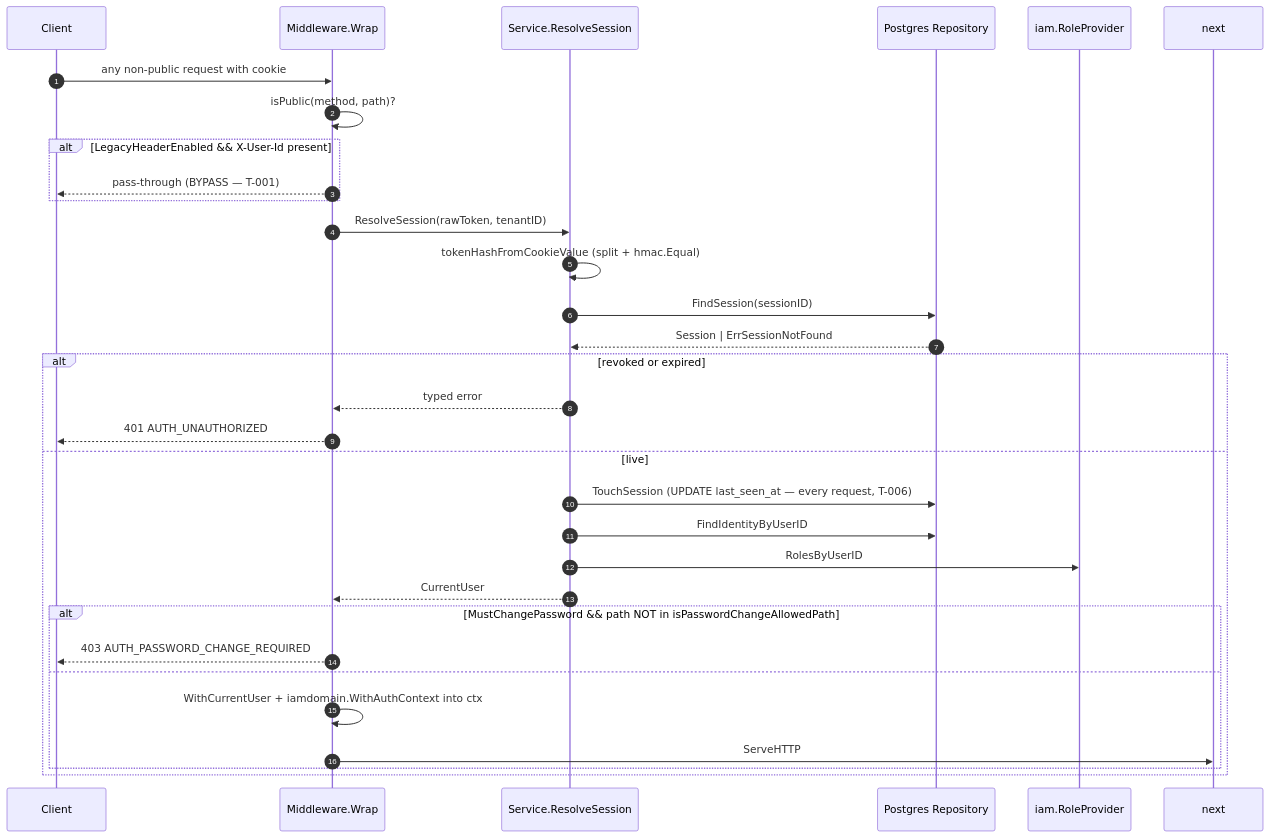
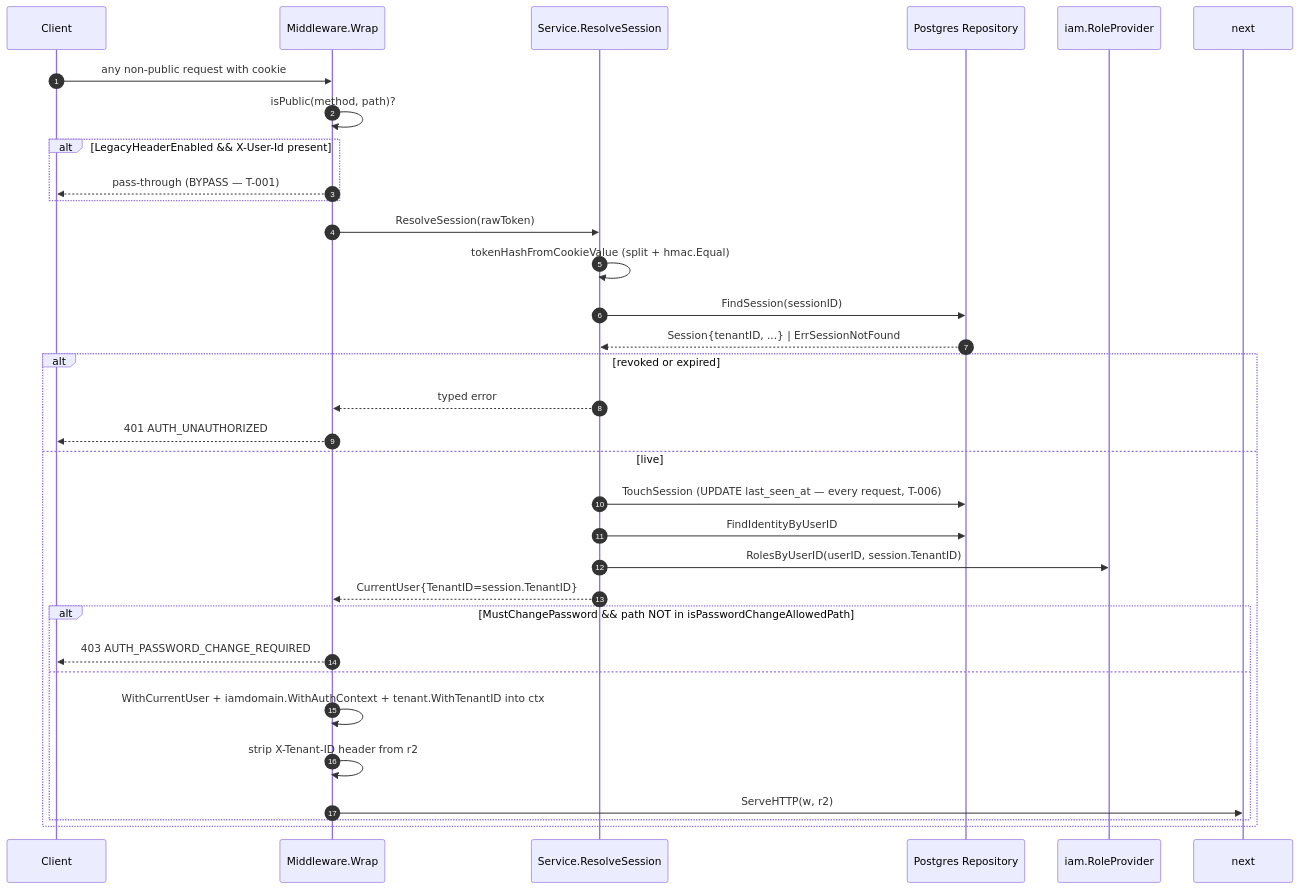
Before and after one commit to developmentconexus-ops/MetalDocs: the fourth of 5 diagrams in wiki/modules/auth.md, drawn with Mermaid. The commit also changed other lines of this file and 14 other files, not shown here.

Commit message:
docs(wiki): refresh Plan 3 — bump Last verified, fix anchors, add tenant-context arch doc

````diff
--- a/wiki/modules/auth.md
+++ b/wiki/modules/auth.md
@@ -236,33 +247,34 @@
 ```mermaid
 sequenceDiagram
     autonumber
     participant C as Client
     participant MW as Middleware.Wrap
     participant S as Service.ResolveSession
     participant R as Postgres Repository
     participant IAM as iam.RoleProvider
     C->>MW: any non-public request with cookie
     MW->>MW: isPublic(method, path)?
     alt LegacyHeaderEnabled && X-User-Id present
         MW-->>C: pass-through (BYPASS — T-001)
     end
-    MW->>S: ResolveSession(rawToken, tenantID)
+    MW->>S: ResolveSession(rawToken)
     S->>S: tokenHashFromCookieValue (split + hmac.Equal)
     S->>R: FindSession(sessionID)
-    R-->>S: Session | ErrSessionNotFound
+    R-->>S: Session{tenantID, ...} | ErrSessionNotFound
     alt revoked or expired
         S-->>MW: typed error
         MW-->>C: 401 AUTH_UNAUTHORIZED
     else live
         S->>R: TouchSession (UPDATE last_seen_at — every request, T-006)
         S->>R: FindIdentityByUserID
-        S->>IAM: RolesByUserID
-        S-->>MW: CurrentUser
+        S->>IAM: RolesByUserID(userID, session.TenantID)
+        S-->>MW: CurrentUser{TenantID=session.TenantID}
         alt MustChangePassword && path NOT in isPasswordChangeAllowedPath
             MW-->>C: 403 AUTH_PASSWORD_CHANGE_REQUIRED
         else
-            MW->>MW: WithCurrentUser + iamdomain.WithAuthContext into ctx
-            MW->>next: ServeHTTP
+            MW->>MW: WithCurrentUser + iamdomain.WithAuthContext + tenant.WithTenantID into ctx
+            MW->>MW: strip X-Tenant-ID header from r2
+            MW->>next: ServeHTTP(w, r2)
         end
     end
 ```
````
